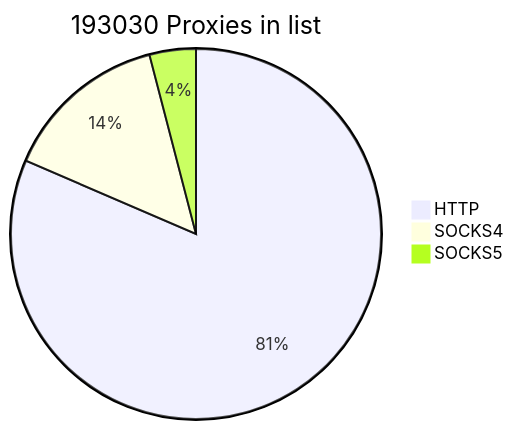
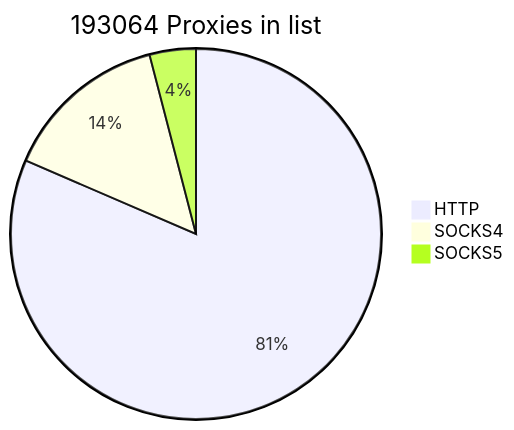
The first of 2 diagrams in README.md (cutipu/proxylist), drawn with Mermaid before and after one commit. The commit also changed other lines of this file, not shown here.

````diff
--- a/README.md
+++ b/README.md
@@ -2,7 +2,7 @@
 ```mermaid
-pie title 193030 Proxies in list
-    "HTTP" : 157275
+pie title 193064 Proxies in list
+    "HTTP" : 157322
     "SOCKS4" : 27948
-    "SOCKS5" : 7807
+    "SOCKS5" : 7794
             
 ```
````
